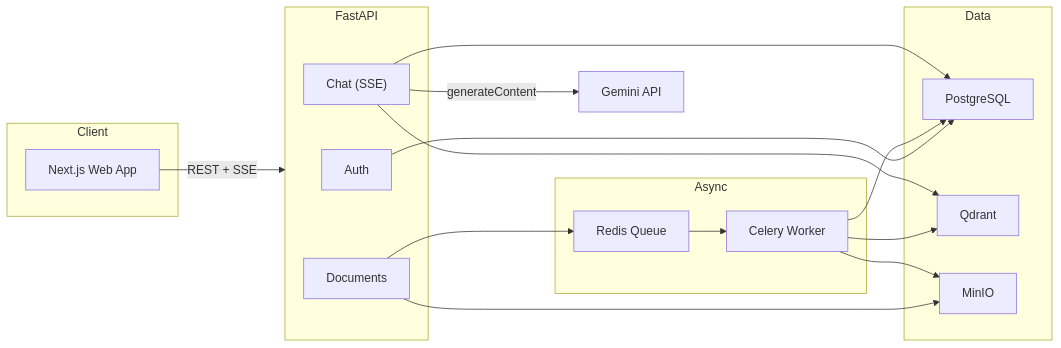
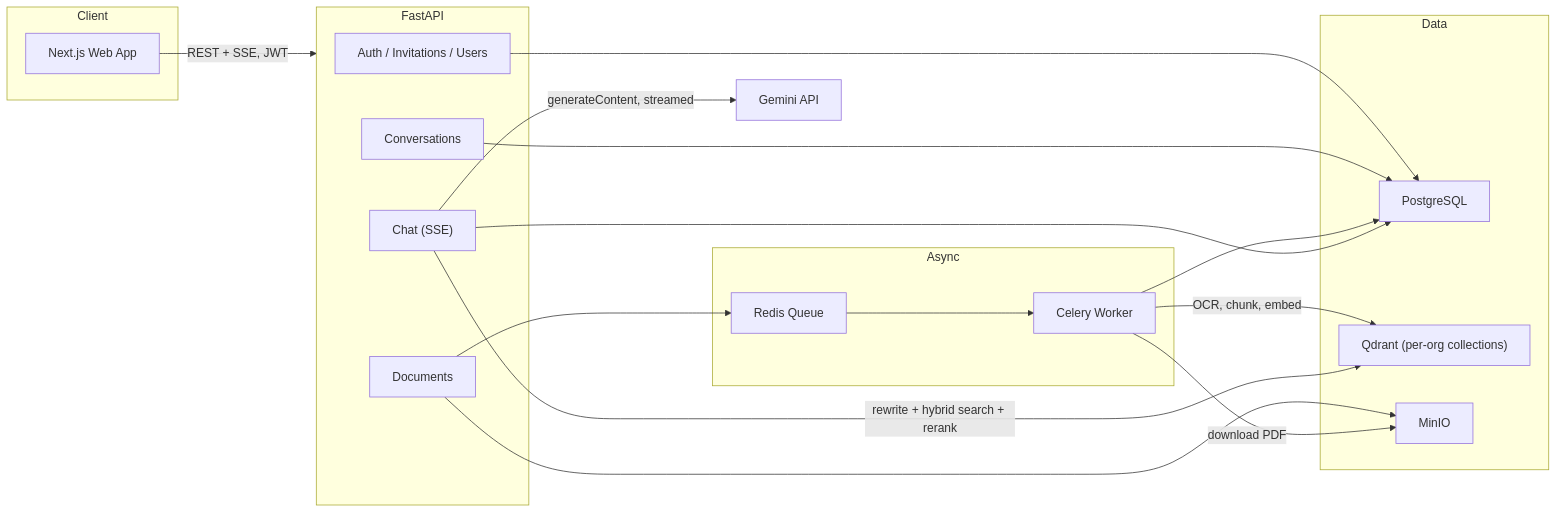
The diagram in README.md (hadi16-ai/company-knowledge-assistant), drawn with Mermaid before and after one commit. The commit also changed other lines of this file, not shown here.

First line of the commit message:
docs: rewrite README to reflect current Phase 3 architecture

````diff
--- a/README.md
+++ b/README.md
@@ -32,32 +50,34 @@
 ```mermaid
 flowchart LR
     subgraph Client
         W["Next.js Web App"]
     end
     subgraph API["FastAPI"]
-        AU["Auth"]
+        AU["Auth / Invitations / Users"]
+        CONV["Conversations"]
         DOC["Documents"]
         CHAT["Chat (SSE)"]
     end
     subgraph Async
         Q["Redis Queue"]
         CW["Celery Worker"]
     end
     subgraph Data
         PG["PostgreSQL"]
-        QD["Qdrant"]
+        QD["Qdrant (per-org collections)"]
         S3["MinIO"]
     end
 
-    W -->|REST + SSE| API
+    W -->|REST + SSE, JWT| API
     AU --> PG
+    CONV --> PG
     DOC --> S3
     DOC --> Q
     Q --> CW
-    CW --> S3
-    CW --> QD
+    CW -->|download PDF| S3
+    CW -->|OCR, chunk, embed| QD
     CW --> PG
-    CHAT --> QD
-    CHAT -->|generateContent| Gemini["Gemini API"]
+    CHAT -->|rewrite + hybrid search + rerank| QD
+    CHAT -->|generateContent, streamed| Gemini["Gemini API"]
     CHAT --> PG
 ```
````
